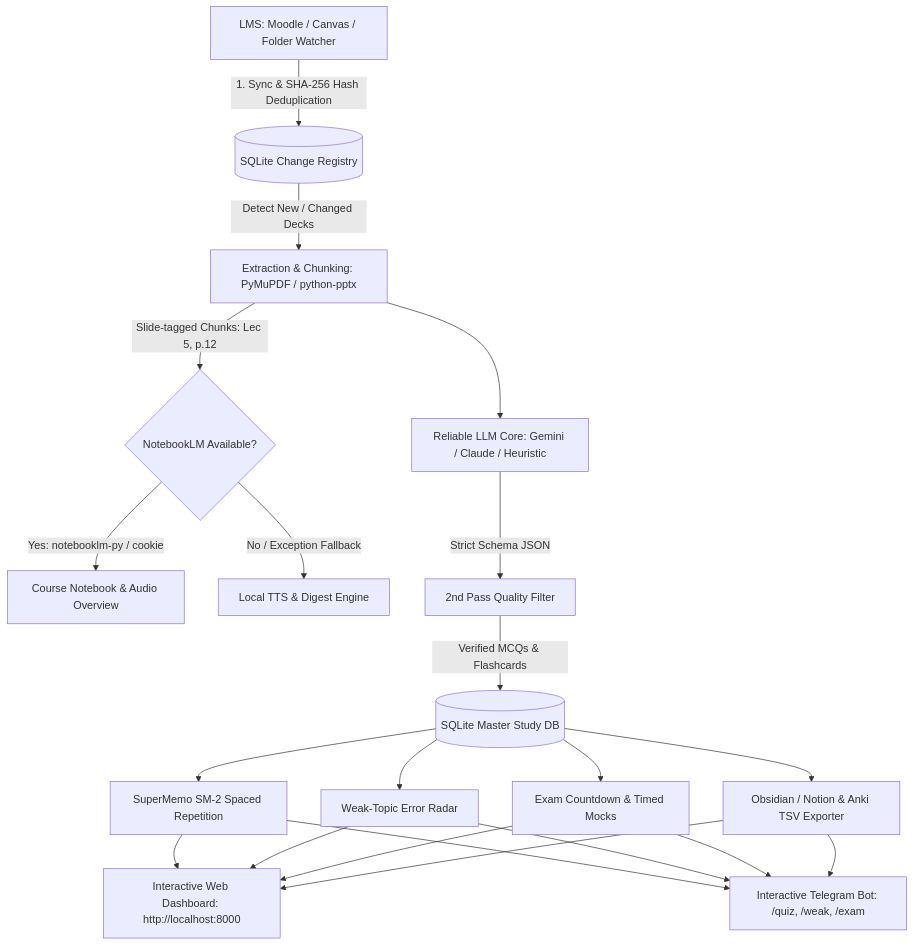
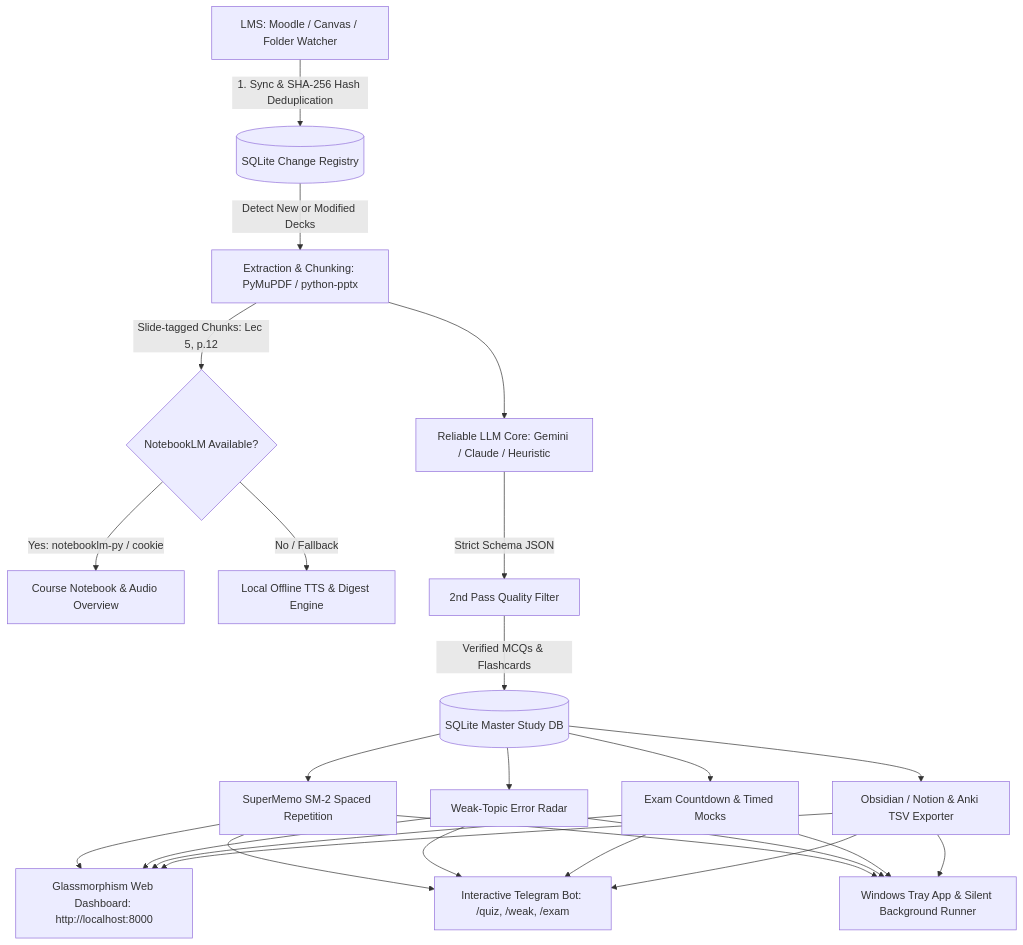
One commit to zorof1226-hash/synapse-lms changed the diagram in README.md. Above: the diagram before and after it, drawn with Mermaid. The commit also changed other lines of this file, not shown here.

Commit message:
docs: expand README with complete features and suggested roadmap

````diff
--- a/README.md
+++ b/README.md
@@ -10,17 +20,18 @@
 ```mermaid
 flowchart TD
     A[LMS: Moodle / Canvas / Folder Watcher] -->|1. Sync & SHA-256 Hash Deduplication| B[(SQLite Change Registry)]
-    B -->|Detect New / Changed Decks| C[Extraction & Chunking: PyMuPDF / python-pptx]
+    B -->|Detect New or Modified Decks| C[Extraction & Chunking: PyMuPDF / python-pptx]
     C -->|Slide-tagged Chunks: Lec 5, p.12| D{NotebookLM Available?}
     D -->|Yes: notebooklm-py / cookie| E[Course Notebook & Audio Overview]
-    D -->|No / Exception Fallback| F[Local TTS & Digest Engine]
+    D -->|No / Fallback| F[Local Offline TTS & Digest Engine]
     C --> G[Reliable LLM Core: Gemini / Claude / Heuristic]
     G -->|Strict Schema JSON| H[2nd Pass Quality Filter]
     H -->|Verified MCQs & Flashcards| I[(SQLite Master Study DB)]
     I --> J[SuperMemo SM-2 Spaced Repetition]
     I --> K[Weak-Topic Error Radar]
     I --> L[Exam Countdown & Timed Mocks]
     I --> M[Obsidian / Notion & Anki TSV Exporter]
-    J & K & L & M --> N[Interactive Web Dashboard: http://localhost:8000]
+    J & K & L & M --> N[Glassmorphism Web Dashboard: http://localhost:8000]
     J & K & L & M --> O[Interactive Telegram Bot: /quiz, /weak, /exam]
+    J & K & L & M --> P[Windows Tray App & Silent Background Runner]
 ```
````
